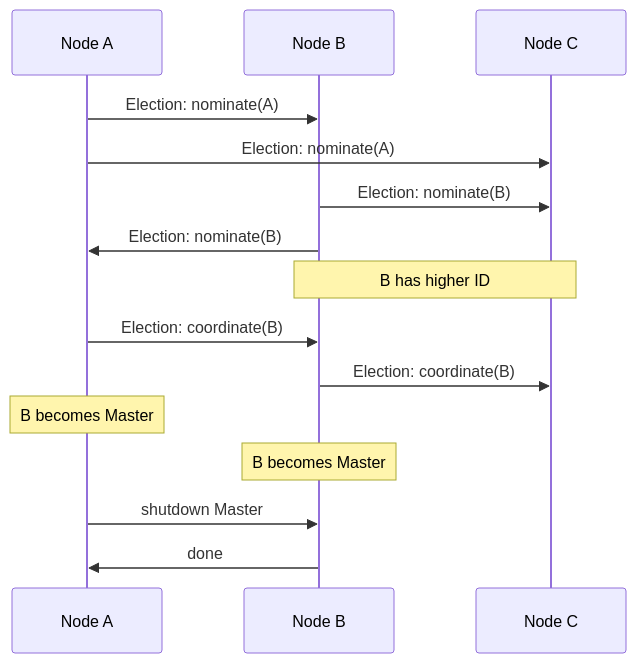
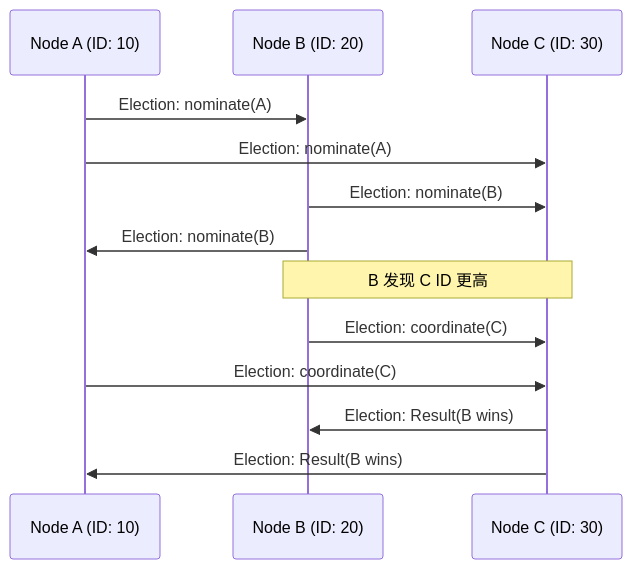
Diagram 14 of 33 in source/_posts/exo-4plus1.md (Wanger-SJTU/wanger-sjtu.github.io), drawn with Mermaid before and after one commit. The commit also changed other lines of this file, not shown here.

````diff
--- a/source/_posts/exo-4plus1.md
+++ b/source/_posts/exo-4plus1.md
@@ -645,23 +570,20 @@
 ```mermaid
 sequenceDiagram
-    participant NodeA as Node A
-    participant NodeB as Node B
-    participant NodeC as Node C
+    participant A as Node A (ID: 10)
+    participant B as Node B (ID: 20)
+    participant C as Node C (ID: 30)
 
-    NodeA->>NodeB: Election: nominate(A)
-    NodeA->>NodeC: Election: nominate(A)
-
-    NodeB->>NodeC: Election: nominate(B)
-    NodeB->>NodeA: Election: nominate(B)
-
-    Note over NodeB,NodeC: B has higher ID
-
-    NodeA->>NodeB: Election: coordinate(B)
-    NodeB->>NodeC: Election: coordinate(B)
-
-    Note over NodeA: B becomes Master
-    Note over NodeB: B becomes Master
-
-    NodeA->>NodeB: shutdown Master
-    NodeB->>NodeA: done
+    A->>B: Election: nominate(A)
+    A->>C: Election: nominate(A)
+    
+    B->>C: Election: nominate(B)
+    B->>A: Election: nominate(B)
+    
+    Note over B,C: B 发现 C ID 更高
+    
+    B->>C: Election: coordinate(C)
+    A->>C: Election: coordinate(C)
+    
+    C->>B: Election: Result(B wins)
+    C->>A: Election: Result(B wins)
 ```
````
